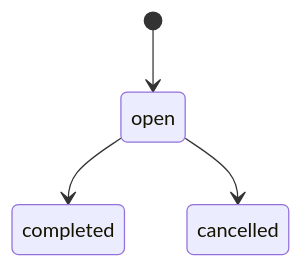
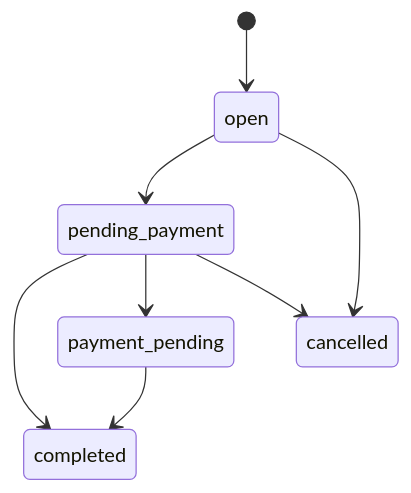
Before and after one commit to F-C-Corp/docs: the diagram in pos-operation-ingestion.mdx, drawn with Mermaid. The commit also changed other lines of this file and 8 other files, not shown here.

````diff
--- a/pos-operation-ingestion.mdx
+++ b/pos-operation-ingestion.mdx
@@ -14,6 +14,10 @@
 ```mermaid
 stateDiagram-v2
     [*] --> open
-    open --> completed
+    open --> pending_payment
+    pending_payment --> completed
+    pending_payment --> payment_pending
+    payment_pending --> completed
     open --> cancelled
+    pending_payment --> cancelled
 ```
````
